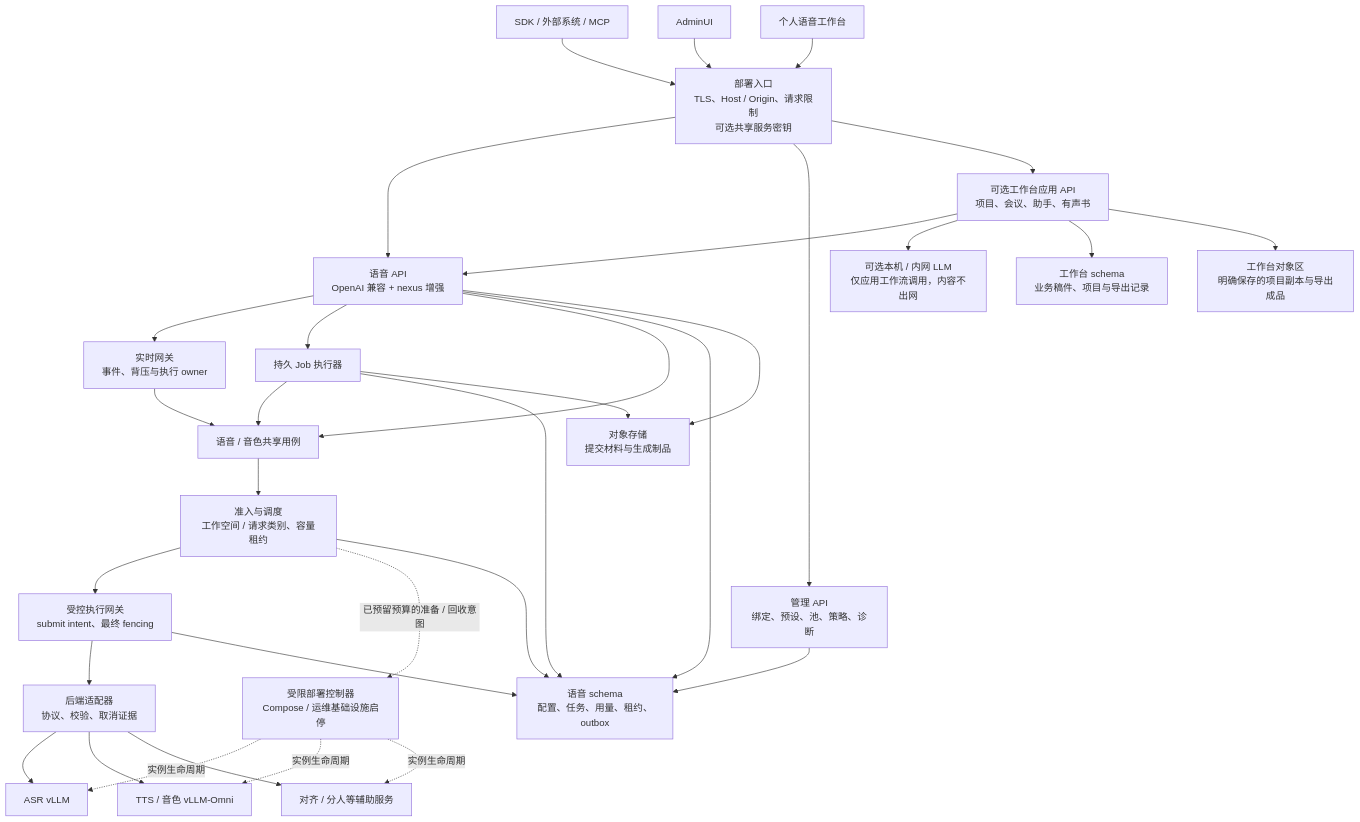
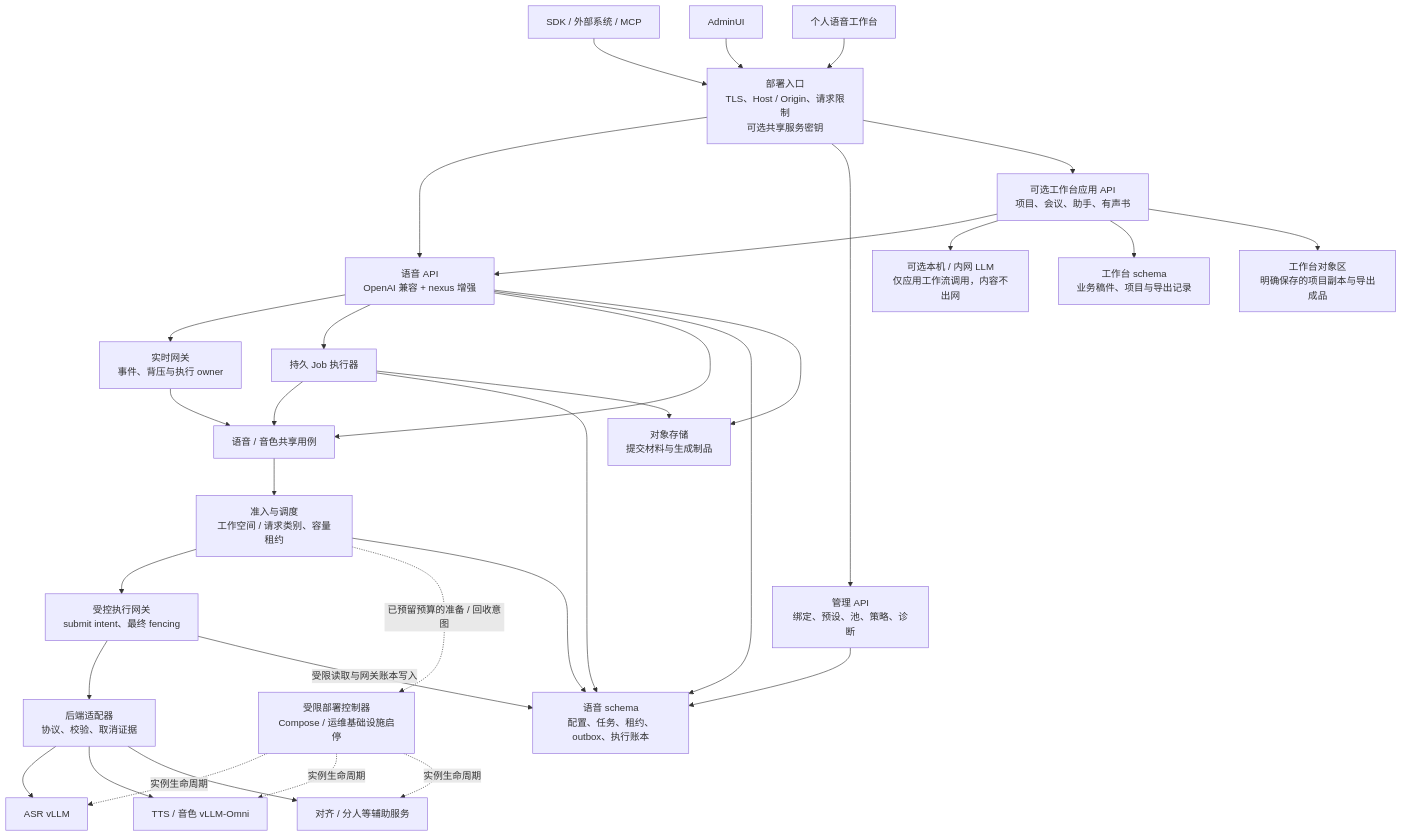
Before and after one commit to hrygo/SpeechNexus: the diagram in docs/speechnexus-product-architecture.md, drawn with Mermaid. The commit also changed other lines of this file, not shown here.

Commit message:
docs: clarify gateway ownership in architecture diagram

````diff
--- a/docs/speechnexus-product-architecture.md
+++ b/docs/speechnexus-product-architecture.md
@@ -136,35 +136,35 @@
 ```mermaid
 flowchart TD
     SDK["SDK / 外部系统 / MCP"] --> E["部署入口\nTLS、Host / Origin、请求限制\n可选共享服务密钥"]
     UIA["AdminUI"] --> E
     UIW["个人语音工作台"] --> E
     E --> A["语音 API\nOpenAI 兼容 + nexus 增强"]
     E --> D["管理 API\n绑定、预设、池、策略、诊断"]
     E --> W["可选工作台应用 API\n项目、会议、助手、有声书"]
     W --> A
     W --> L["可选本机 / 内网 LLM\n仅应用工作流调用，内容不出网"]
     W --> WP["工作台 schema\n业务稿件、项目与导出记录"]
     W --> WO["工作台对象区\n明确保存的项目副本与导出成品"]
     A --> R["实时网关\n事件、背压与执行 owner"]
     A --> J["持久 Job 执行器"]
     A --> C["语音 / 音色共享用例"]
     R --> C
     J --> C
     C --> Q["准入与调度\n工作空间 / 请求类别、容量租约"]
     Q --> G["受控执行网关\nsubmit intent、最终 fencing"]
     Q -. "已预留预算的准备 / 回收意图" .-> LC["受限部署控制器\nCompose / 运维基础设施启停"]
     LC -. "实例生命周期" .-> V
     LC -. "实例生命周期" .-> T
     LC -. "实例生命周期" .-> X
     G --> B["后端适配器\n协议、校验、取消证据"]
     B --> V["ASR vLLM"]
     B --> T["TTS / 音色 vLLM-Omni"]
     B --> X["对齐 / 分人等辅助服务"]
-    D --> P["语音 schema\n配置、任务、用量、租约、outbox"]
+    D --> P["语音 schema\n配置、任务、租约、outbox、执行账本"]
     A --> P
     J --> P
     Q --> P
-    G --> P
+    G -->|"受限读取与网关账本写入"| P
     A --> O["对象存储\n提交材料与生成制品"]
     J --> O
 ```
````
